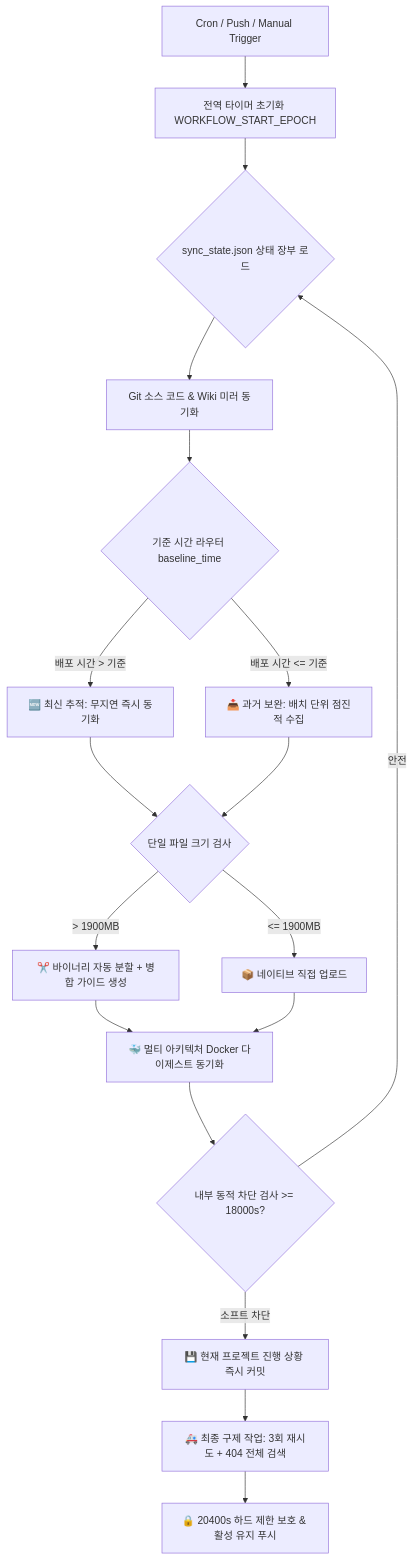
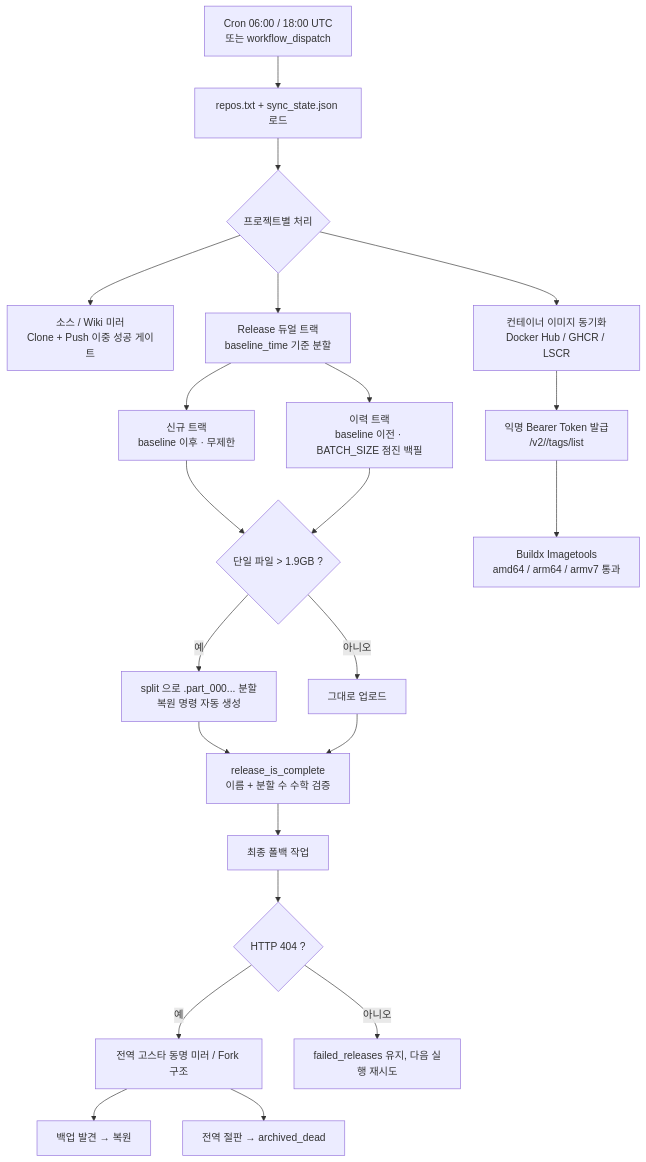
One commit to liufengtao393/mirror-hub changed the diagram in README_KO.md. Above: the diagram before and after it, drawn with Mermaid. The commit also changed other lines of this file, not shown here.

````diff
--- a/README_KO.md
+++ b/README_KO.md
@@ -36,18 +50,29 @@
 ```mermaid
 flowchart TD
-    A[Cron / Push / Manual Trigger] --> B[전역 타이머 초기화 WORKFLOW_START_EPOCH]
-    B --> C{sync_state.json 상태 장부 로드}
-    C --> D[Git 소스 코드 & Wiki 미러 동기화]
-    D --> E{기준 시간 라우터 baseline_time}
-    E -->|배포 시간 > 기준| F[🆕 최신 추적: 무지연 즉시 동기화]
-    E -->|배포 시간 <= 기준| G[📥 과거 보완: 배치 단위 점진적 수집]
-    F & G --> H{단일 파일 크기 검사}
-    H -->|> 1900MB| I[✂️ 바이너리 자동 분할 + 병합 가이드 생성]
-    H -->|<= 1900MB| J[📦 네이티브 직접 업로드]
-    I & J --> K[🐳 멀티 아키텍처 Docker 다이제스트 동기화]
-    K --> L{내부 동적 차단 검사 >= 18000s?}
-    L -->|안전| C
-    L -->|소프트 차단| M[💾 현재 프로젝트 진행 상황 즉시 커밋]
-    M --> N[🚑 최종 구제 작업: 3회 재시도 + 404 전체 검색]
-    N --> O[🔒 20400s 하드 제한 보호 & 활성 유지 푸시]
+    A["Cron 06:00 / 18:00 UTC<br/>또는 workflow_dispatch"] --> B["repos.txt + sync_state.json 로드"]
+    B --> C{"프로젝트별 처리"}
+
+    C --> D["소스 / Wiki 미러<br/>Clone + Push 이중 성공 게이트"]
+    C --> E["Release 듀얼 트랙<br/>baseline_time 기준 분할"]
+    C --> F["컨테이너 이미지 동기화<br/>Docker Hub / GHCR / LSCR"]
+
+    E --> E1["신규 트랙<br/>baseline 이후 · 무제한"]
+    E --> E2["이력 트랙<br/>baseline 이전 · BATCH_SIZE 점진 백필"]
+
+    E1 --> G{"단일 파일 > 1.9GB ?"}
+    E2 --> G
+    G -- 예 --> H["split 으로 .part_000... 분할<br/>복원 명령 자동 생성"]
+    G -- 아니오 --> I["그대로 업로드"]
+    H --> J["release_is_complete<br/>이름 + 분할 수 수학 검증"]
+    I --> J
+
+    F --> K["익명 Bearer Token 발급<br/>/v2/<repo>/tags/list"]
+    K --> L["Buildx Imagetools<br/>amd64 / arm64 / armv7 통과"]
+
+    J --> M["최종 폴백 작업"]
+    M --> N{"HTTP 404 ?"}
+    N -- 예 --> O["전역 고스타 동명 미러 / Fork 구조"]
+    O --> P["백업 발견 → 복원"]
+    O --> Q["전역 절판 → archived_dead"]
+    N -- 아니오 --> R["failed_releases 유지, 다음 실행 재시도"]
 ```
````
